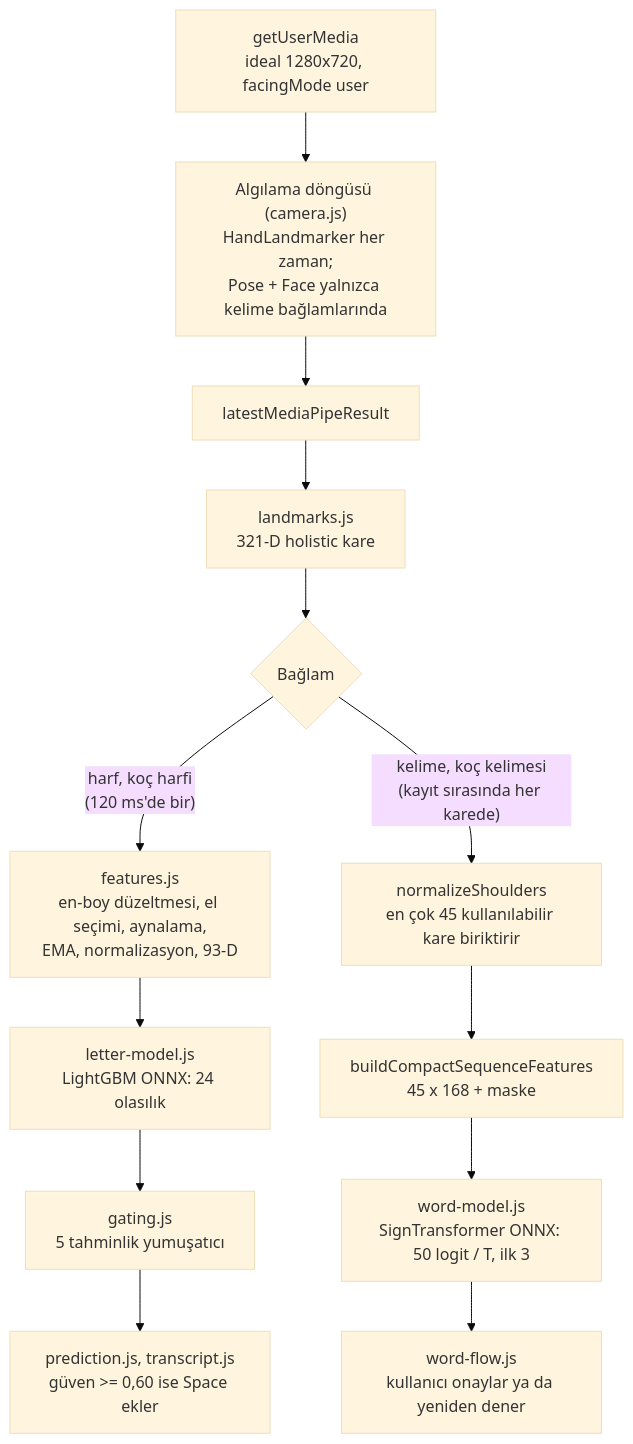
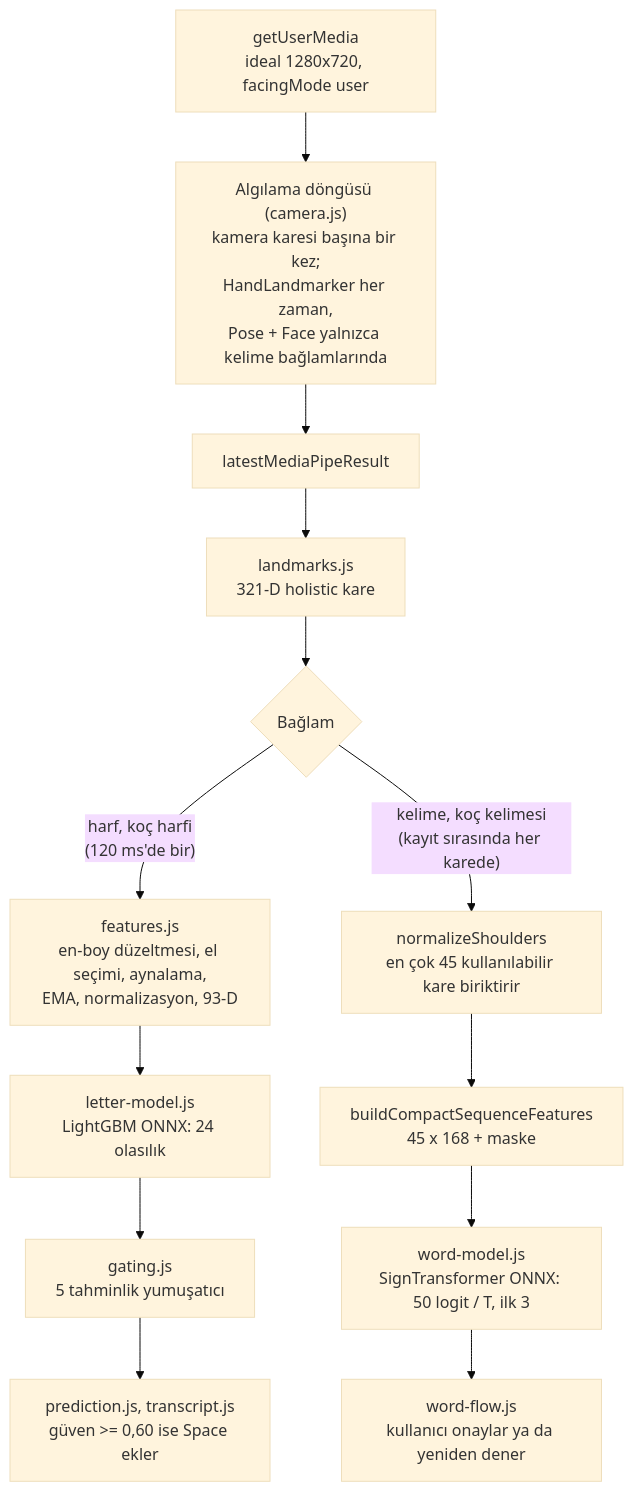
One commit to alimustafaekmen/asl-assistant changed the second of 4 diagrams in TECHNICAL_REPORT.tr.md. Above: the diagram before and after it, drawn with Mermaid (base theme). The commit also changed other lines of this file and 66 other files, not shown here.

````diff
--- a/TECHNICAL_REPORT.tr.md
+++ b/TECHNICAL_REPORT.tr.md
@@ -113,15 +100,15 @@
 ```mermaid
 flowchart TD
-  CAM["getUserMedia<br/>ideal 1280x720, facingMode user"] --> DET["Algılama döngüsü (camera.js)<br/>HandLandmarker her zaman;<br/>Pose + Face yalnızca kelime bağlamlarında"]
+  CAM["getUserMedia<br/>ideal 1280x720, facingMode user"] --> DET["Algılama döngüsü (camera.js)<br/>kamera karesi başına bir kez;<br/>HandLandmarker her zaman,<br/>Pose + Face yalnızca kelime bağlamlarında"]
   DET --> RES["latestMediaPipeResult"]
   RES --> L321["landmarks.js<br/>321-D holistic kare"]
   L321 --> SPLIT{"Bağlam"}
   SPLIT -- "harf, koç harfi<br/>(120 ms'de bir)" --> LF["features.js<br/>en-boy düzeltmesi, el seçimi, aynalama,<br/>EMA, normalizasyon, 93-D"]
   LF --> LM["letter-model.js<br/>LightGBM ONNX: 24 olasılık"]
   LM --> SM["gating.js<br/>5 tahminlik yumuşatıcı"]
   SM --> UIL["prediction.js, transcript.js<br/>güven >= 0,60 ise Space ekler"]
   SPLIT -- "kelime, koç kelimesi<br/>(kayıt sırasında her karede)" --> SN["normalizeShoulders<br/>en çok 45 kullanılabilir kare biriktirir"]
   SN --> WF["buildCompactSequenceFeatures<br/>45 x 168 + maske"]
   WF --> WM["word-model.js<br/>SignTransformer ONNX: 50 logit / T, ilk 3"]
   WM --> UIW["word-flow.js<br/>kullanıcı onaylar ya da yeniden dener"]
 ```
````
